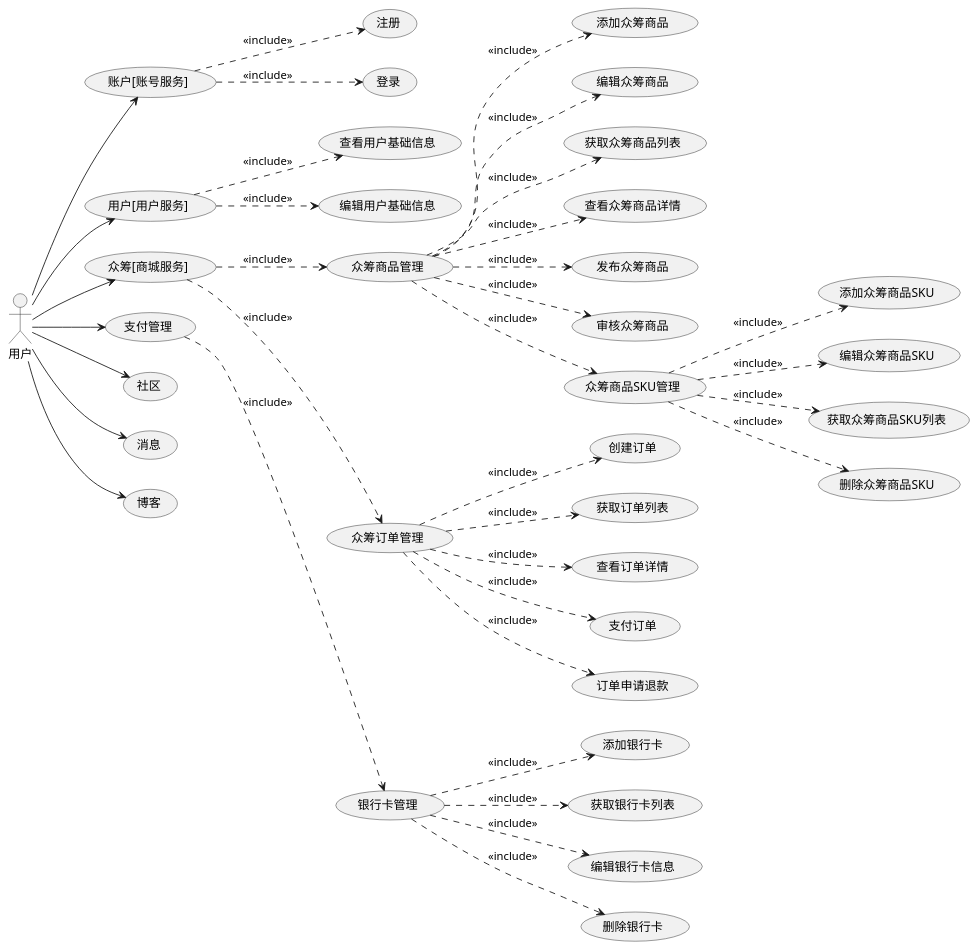
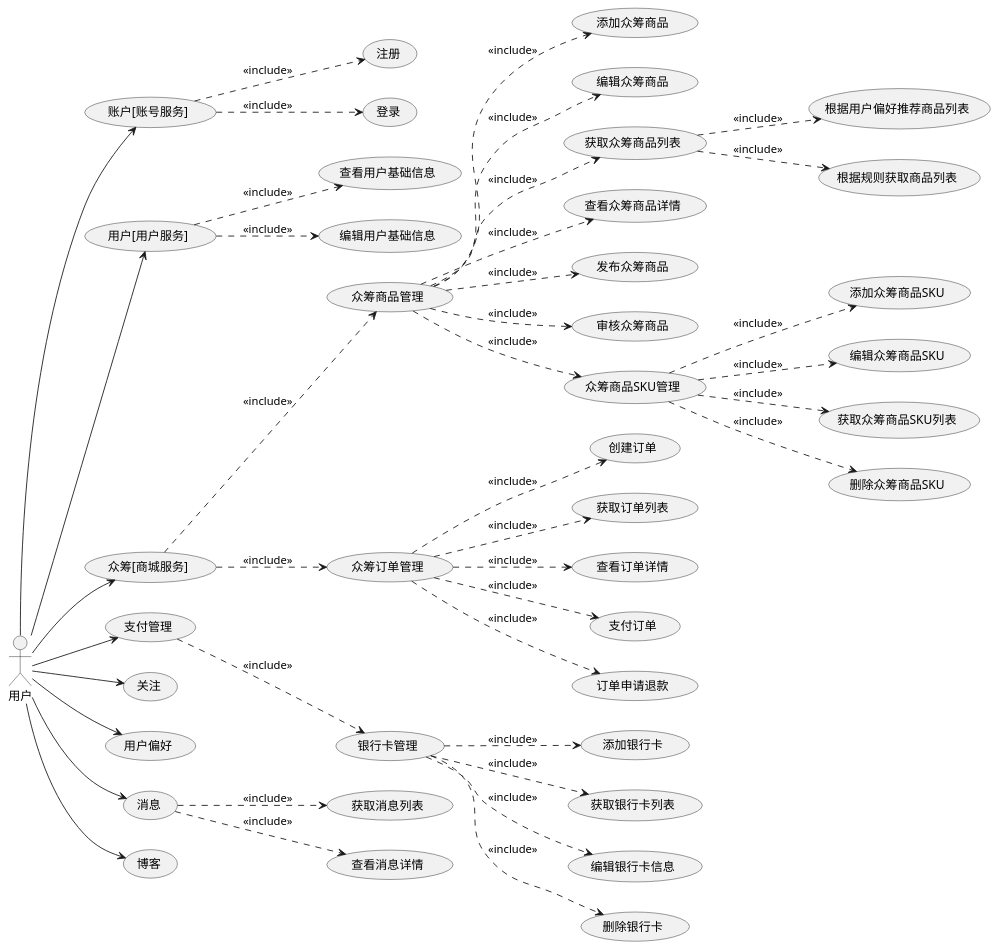
One commit to evildoerX/hyperledger-credit changed the diagram in docs/kickstarter/README.md. Above: the diagram before and after it, drawn with PlantUML.

```diff
--- a/docs/kickstarter/README.md
+++ b/docs/kickstarter/README.md
@@ -6,37 +6,42 @@
 @startuml
 left to right direction
 用户 --> (账户[账号服务])
 (账户[账号服务]) ..> (注册): <<include>>
 (账户[账号服务]) ..> (登录): <<include>>
 用户 --> (用户[用户服务])
 (用户[用户服务]) ..> (查看用户基础信息): <<include>>
 (用户[用户服务]) ..> (编辑用户基础信息): <<include>>
 用户 --> (众筹[商城服务])
 (众筹[商城服务]) ..> (众筹商品管理) : <<include>>
 (众筹商品管理) ..> (添加众筹商品): <<include>>
 (众筹商品管理) ..> (编辑众筹商品): <<include>>
 (众筹商品管理) ..> (获取众筹商品列表): <<include>>
+(获取众筹商品列表) ..> (根据用户偏好推荐商品列表): <<include>>
+(获取众筹商品列表) ..> (根据规则获取商品列表): <<include>>
 (众筹商品管理) ..> (查看众筹商品详情): <<include>>
 (众筹商品管理) ..> (发布众筹商品): <<include>>
 (众筹商品管理) ..> (审核众筹商品): <<include>>
 (众筹商品管理) ..> (众筹商品SKU管理): <<include>>
 (众筹商品SKU管理) ..> (添加众筹商品SKU): <<include>>
 (众筹商品SKU管理) ..> (编辑众筹商品SKU): <<include>>
 (众筹商品SKU管理) ..> (获取众筹商品SKU列表): <<include>>
 (众筹商品SKU管理) ..> (删除众筹商品SKU): <<include>>
 (众筹[商城服务]) ..> (众筹订单管理) : <<include>>
 (众筹订单管理) ..> (创建订单): <<include>>
 (众筹订单管理) ..> (获取订单列表): <<include>>
 (众筹订单管理) ..> (查看订单详情): <<include>>
 (众筹订单管理) ..> (支付订单): <<include>>
 (众筹订单管理) ..> (订单申请退款): <<include>>
 用户 --> (支付管理)
 (支付管理) ..> (银行卡管理): <<include>>
 (银行卡管理) ..> (添加银行卡): <<include>>
 (银行卡管理) ..> (获取银行卡列表): <<include>>
 (银行卡管理) ..> (编辑银行卡信息): <<include>>
 (银行卡管理) ..> (删除银行卡): <<include>>
-用户 --> (社区)
+用户 --> (关注)
+用户 --> (用户偏好)
 用户 --> (消息)
+(消息) ..> (获取消息列表): <<include>>
+(消息) ..> (查看消息详情): <<include>>
 用户 --> (博客)
 @enduml
```
